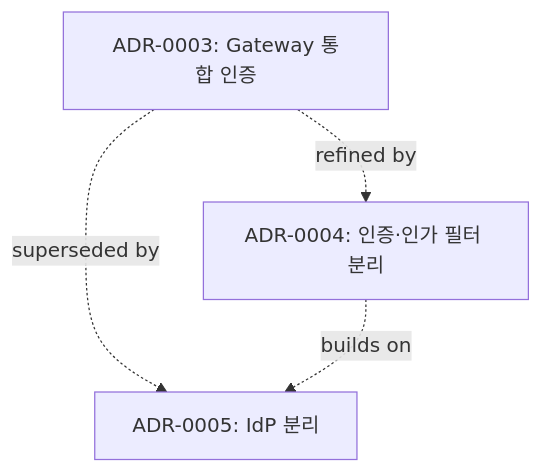
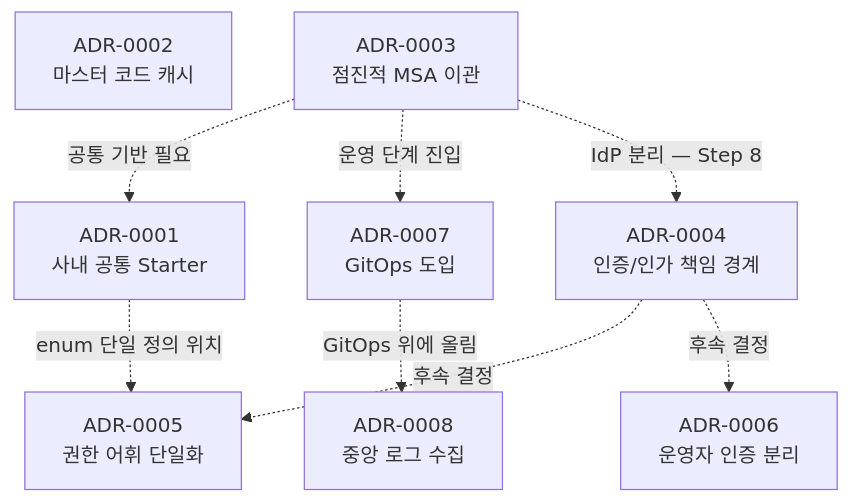
The diagram in README.md (yeinkimdev/architecture-decisions), drawn with Mermaid before and after one commit. The commit also changed other lines of this file and 1 other file, not shown here.

````diff
--- a/README.md
+++ b/README.md
@@ -23,9 +38,19 @@
 ```mermaid
 graph TD
-  ADR3[ADR-0003: Gateway 통합 인증]
-  ADR4[ADR-0004: 인증·인가 필터 분리]
-  ADR5[ADR-0005: IdP 분리]
-  ADR3 -.refined by.-> ADR4
-  ADR3 -.superseded by.-> ADR5
-  ADR4 -.builds on.-> ADR5
+  ADR1[ADR-0001<br/>사내 공통 Starter]
+  ADR2[ADR-0002<br/>마스터 코드 캐시]
+  ADR3[ADR-0003<br/>점진적 MSA 이관]
+  ADR4[ADR-0004<br/>인증/인가 책임 경계]
+  ADR5[ADR-0005<br/>권한 어휘 단일화]
+  ADR6[ADR-0006<br/>운영자 인증 분리]
+  ADR7[ADR-0007<br/>GitOps 도입]
+  ADR8[ADR-0008<br/>중앙 로그 수집]
+
+  ADR3 -.공통 기반 필요.-> ADR1
+  ADR3 -.운영 단계 진입.-> ADR7
+  ADR3 -.IdP 분리 — Step 8.-> ADR4
+  ADR4 -.후속 결정.-> ADR5
+  ADR4 -.후속 결정.-> ADR6
+  ADR1 -.enum 단일 정의 위치.-> ADR5
+  ADR7 -.GitOps 위에 올림.-> ADR8
 ```
````
